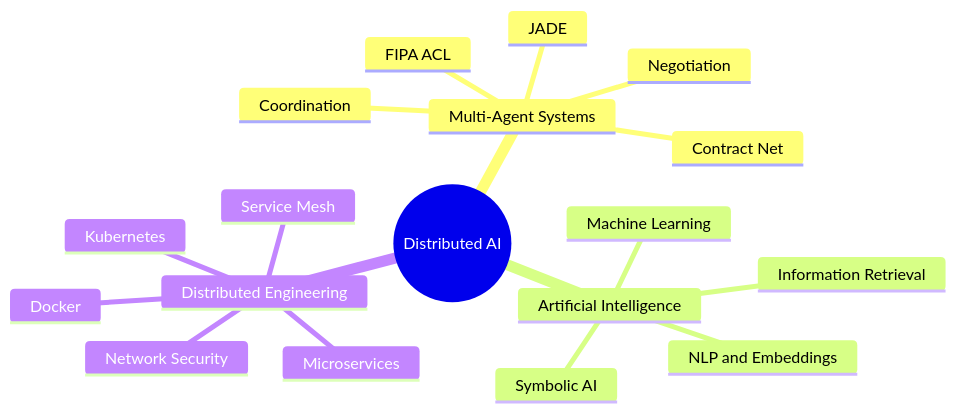
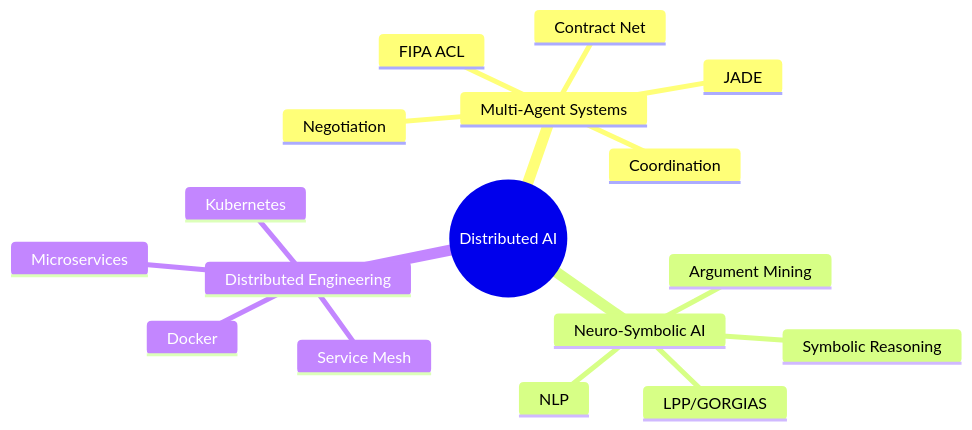
The diagram in README.md (Mr-Noredine/Mr-Noredine), drawn with Mermaid before and after one commit. The commit also changed other lines of this file, not shown here.

Commit message:
feat: add LPP argument mining collaboration to profile

````diff
--- a/README.md
+++ b/README.md
@@ -121,21 +121,20 @@
 ```mermaid
 mindmap
   root((Distributed AI))
     Multi-Agent Systems
       JADE
       FIPA ACL
       Contract Net
       Coordination
       Negotiation
-    Artificial Intelligence
-      Machine Learning
-      Symbolic AI
-      Information Retrieval
-      NLP and Embeddings
+    Neuro-Symbolic AI
+      Argument Mining
+      LPP/GORGIAS
+      Symbolic Reasoning
+      NLP
     Distributed Engineering
       Microservices
       Docker
       Kubernetes
       Service Mesh
-      Network Security
 ```
````
